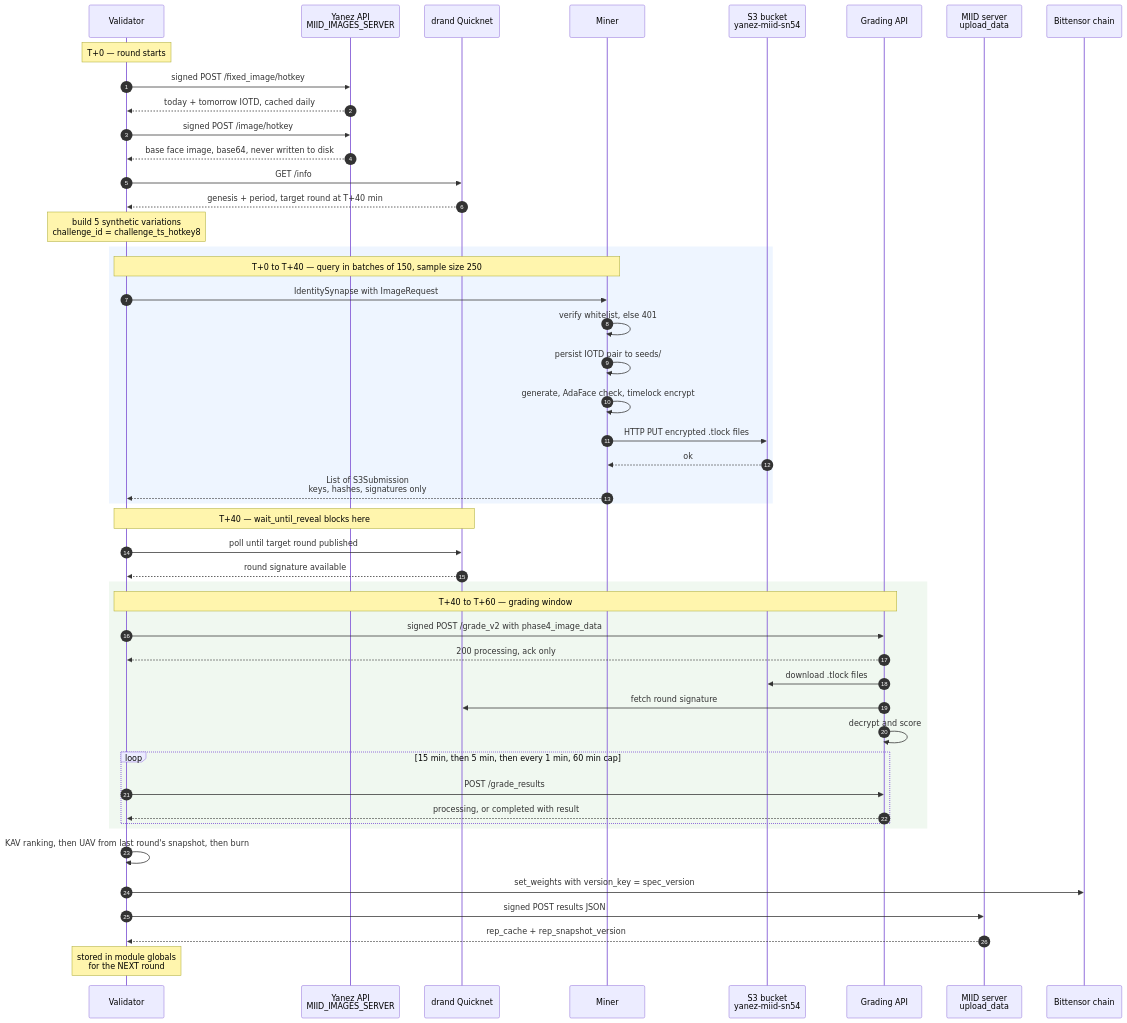
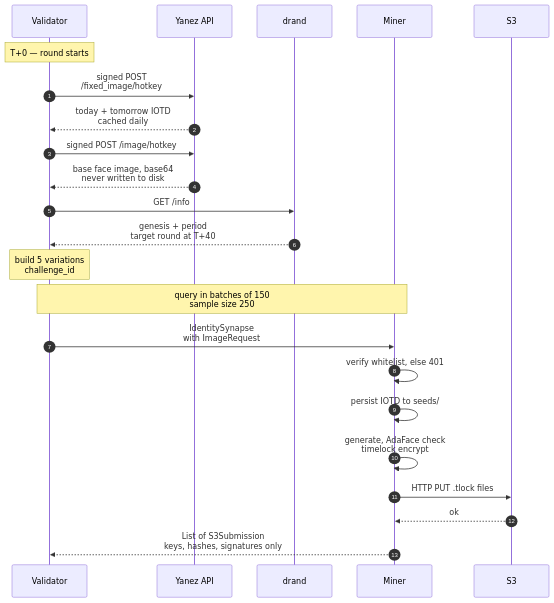
One commit to phantom930/MIID-subnet changed the first of 10 diagrams in docs/workflow.md. Above: the diagram before and after it, drawn with Mermaid. The commit also changed other lines of this file and 1 other file, not shown here.

````diff
--- a/docs/workflow.md
+++ b/docs/workflow.md
@@ -14,56 +18,27 @@
 ```mermaid
 sequenceDiagram
     autonumber
     participant V as Validator
-    participant Y as Yanez API<br/>MIID_IMAGES_SERVER
-    participant D as drand Quicknet
+    participant Y as Yanez API
+    participant D as drand
     participant M as Miner
-    participant S3 as S3 bucket<br/>yanez-miid-sn54
-    participant G as Grading API
-    participant SRV as MIID server<br/>upload_data
-    participant BT as Bittensor chain
+    participant S3 as S3
 
     Note over V: T+0 — round starts
+    V->>Y: signed POST<br/>/fixed_image/hotkey
+    Y-->>V: today + tomorrow IOTD<br/>cached daily
+    V->>Y: signed POST /image/hotkey
+    Y-->>V: base face image, base64<br/>never written to disk
+    V->>D: GET /info
+    D-->>V: genesis + period<br/>target round at T+40
+    Note over V: build 5 variations<br/>challenge_id
 
-    V->>Y: signed POST /fixed_image/hotkey
-    Y-->>V: today + tomorrow IOTD, cached daily
-    V->>Y: signed POST /image/hotkey
-    Y-->>V: base face image, base64, never written to disk
-    V->>D: GET /info
-    D-->>V: genesis + period, target round at T+40 min
-    Note over V: build 5 synthetic variations<br/>challenge_id = challenge_ts_hotkey8
-
-    rect rgb(238, 245, 255)
-    Note over V,M: T+0 to T+40 — query in batches of 150, sample size 250
-    V->>M: IdentitySynapse with ImageRequest
+    Note over V,M: query in batches of 150<br/>sample size 250
+    V->>M: IdentitySynapse<br/>with ImageRequest
     M->>M: verify whitelist, else 401
-    M->>M: persist IOTD pair to seeds/
-    M->>M: generate, AdaFace check, timelock encrypt
-    M->>S3: HTTP PUT encrypted .tlock files
+    M->>M: persist IOTD to seeds/
+    M->>M: generate, AdaFace check<br/>timelock encrypt
+    M->>S3: HTTP PUT .tlock files
     S3-->>M: ok
     M-->>V: List of S3Submission<br/>keys, hashes, signatures only
-    end
-
-    Note over V,D: T+40 — wait_until_reveal blocks here
-    V->>D: poll until target round published
-    D-->>V: round signature available
-
-    rect rgb(240, 248, 240)
-    Note over V,G: T+40 to T+60 — grading window
-    V->>G: signed POST /grade_v2 with phase4_image_data
-    G-->>V: 200 processing, ack only
-    G->>S3: download .tlock files
-    G->>D: fetch round signature
-    G->>G: decrypt and score
-    loop 15 min, then 5 min, then every 1 min, 60 min cap
-        V->>G: POST /grade_results
-        G-->>V: processing, or completed with result
-    end
-    end
-
-    V->>V: KAV ranking, then UAV from last round's snapshot, then burn
-    V->>BT: set_weights with version_key = spec_version
-    V->>SRV: signed POST results JSON
-    SRV-->>V: rep_cache + rep_snapshot_version
-    Note over V: stored in module globals<br/>for the NEXT round
 ```
````
